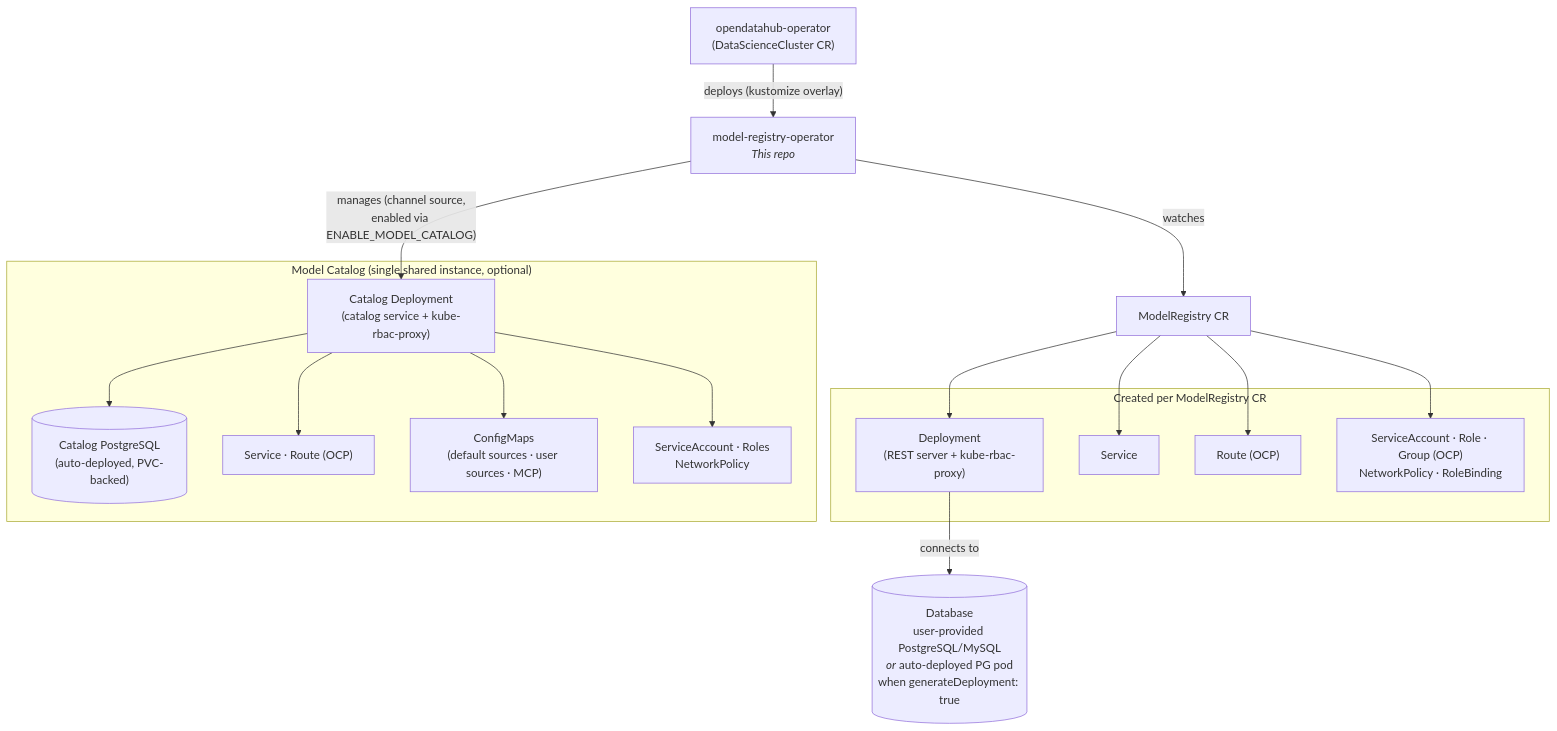
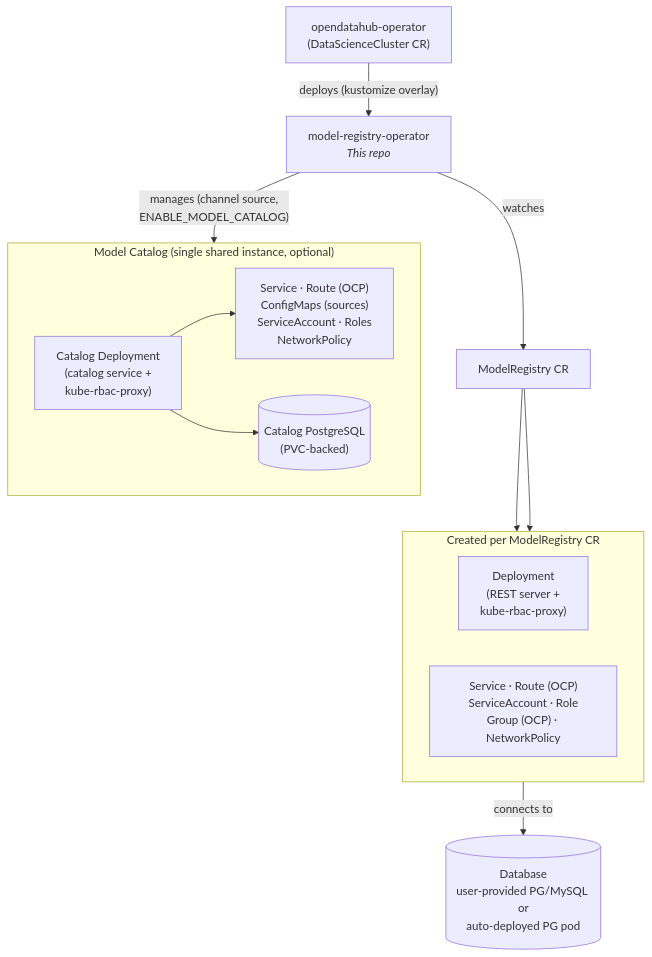
Before and after one commit to opendatahub-io/model-registry-operator: the diagram in AGENTS.md, drawn with Mermaid.

Commit message:
docs: reduce diagram width by consolidating subgraph nodes
Keep graph TD but use direction LR inside subgraphs and consolidate
supporting resources into fewer nodes to reduce horizontal spread.

````diff
--- a/AGENTS.md
+++ b/AGENTS.md
@@ -57,32 +57,29 @@
 ```mermaid
 graph TD
     ODH["opendatahub-operator<br/>(DataScienceCluster CR)"]
     MRO["model-registry-operator<br/><i>This repo</i>"]
-    CR["ModelRegistry CR"]
 
     ODH -->|"deploys (kustomize overlay)"| MRO
-    MRO -->|watches| CR
+    MRO -->|watches| CR["ModelRegistry CR"]
+    MRO -->|"manages (channel source,<br/>ENABLE_MODEL_CATALOG)"| CAT_DEP
 
     subgraph "Created per ModelRegistry CR"
-        DEP["Deployment<br/>(REST server + kube-rbac-proxy)"]
-        SVC[Service]
-        RT["Route (OCP)"]
-        MISC["ServiceAccount · Role · Group (OCP)<br/>NetworkPolicy · RoleBinding"]
+        direction LR
+        DEP["Deployment<br/>(REST server +<br/>kube-rbac-proxy)"]
+        SUPPORT["Service · Route (OCP)<br/>ServiceAccount · Role<br/>Group (OCP) · NetworkPolicy"]
     end
 
-    CR --> DEP & SVC & RT & MISC
-
-    DB[("Database<br/>user-provided PostgreSQL/MySQL<br/><i>or</i> auto-deployed PG pod<br/>when generateDeployment: true")]
-    DEP -->|connects to| DB
+    CR --> DEP
+    CR --> SUPPORT
+    DEP -->|connects to| DB[("Database<br/>user-provided PG/MySQL or<br/>auto-deployed PG pod")]
 
     subgraph "Model Catalog (single shared instance, optional)"
-        CAT_DEP["Catalog Deployment<br/>(catalog service + kube-rbac-proxy)"]
-        CAT_PG[("Catalog PostgreSQL<br/>(auto-deployed, PVC-backed)")]
-        CAT_SVC["Service · Route (OCP)"]
-        CAT_CFG["ConfigMaps<br/>(default sources · user sources · MCP)"]
-        CAT_MISC["ServiceAccount · Roles<br/>NetworkPolicy"]
+        direction LR
+        CAT_DEP["Catalog Deployment<br/>(catalog service +<br/>kube-rbac-proxy)"]
+        CAT_SUPPORT["Service · Route (OCP)<br/>ConfigMaps (sources)<br/>ServiceAccount · Roles<br/>NetworkPolicy"]
+        CAT_PG[("Catalog PostgreSQL<br/>(PVC-backed)")]
     end
 
-    MRO -->|"manages (channel source,<br/>enabled via ENABLE_MODEL_CATALOG)"| CAT_DEP
-    CAT_DEP --> CAT_PG & CAT_SVC & CAT_CFG & CAT_MISC
+    CAT_DEP --> CAT_SUPPORT
+    CAT_DEP --> CAT_PG
 ```
````
